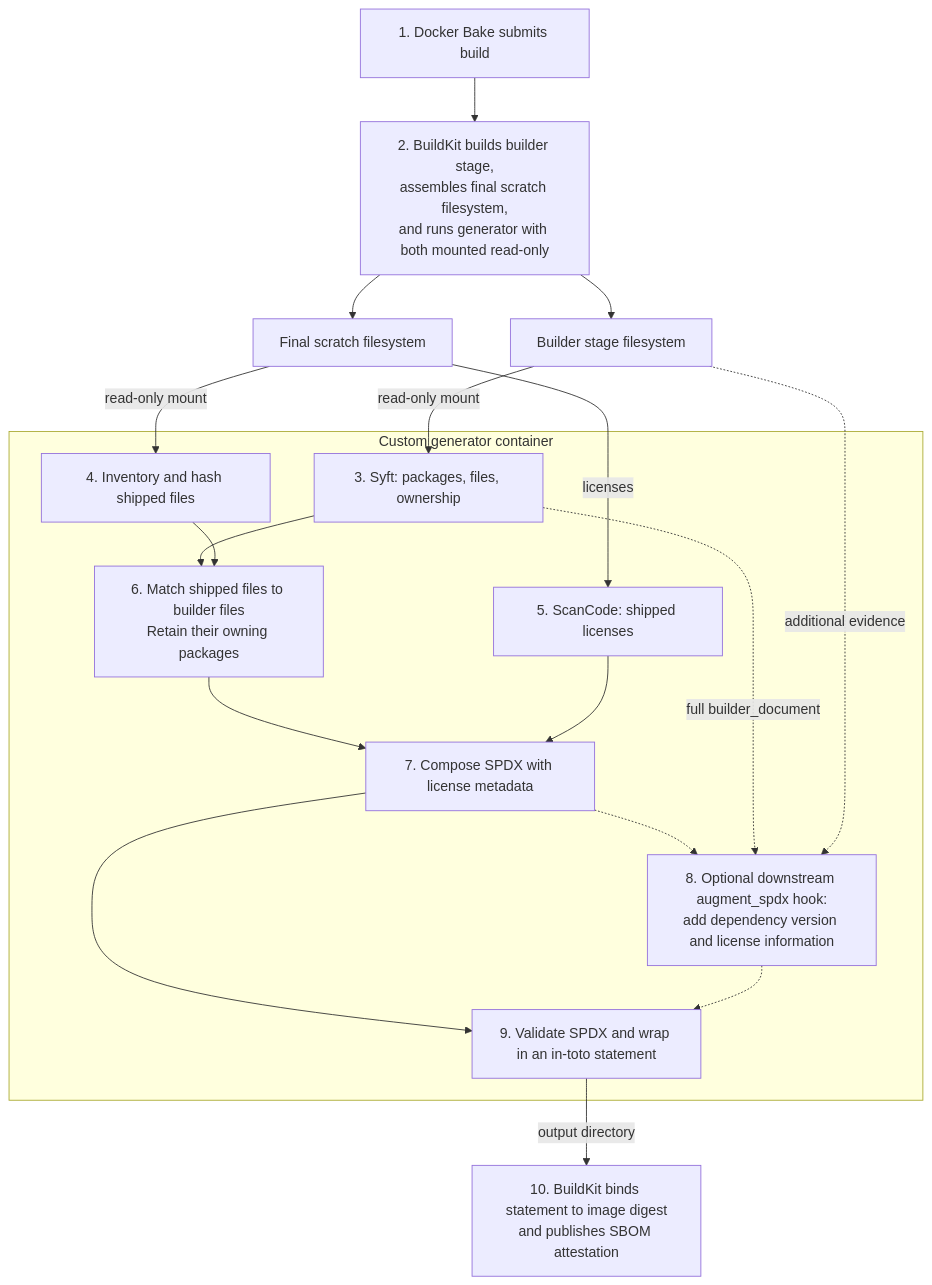
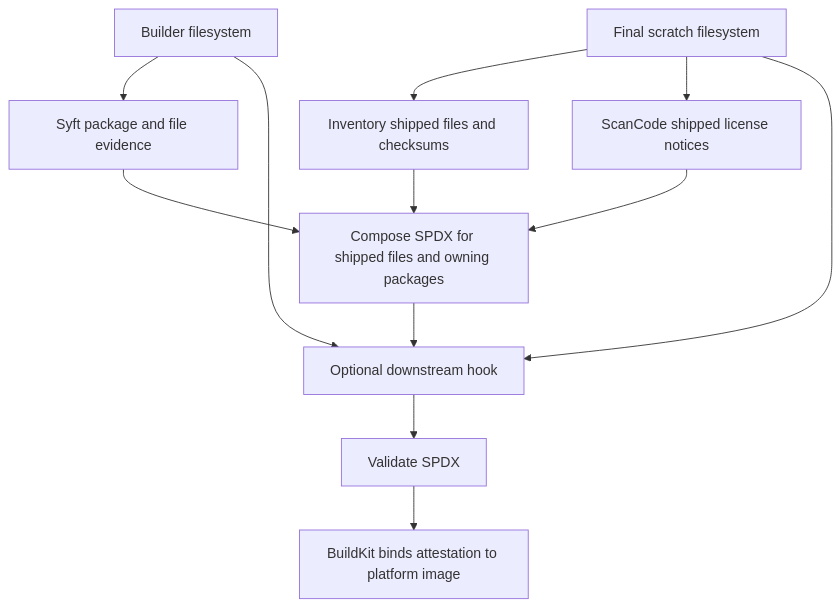
One commit to ardentperf-labs/postgres-extensions-containers changed the diagram in sbom-generator/README.md. Above: the diagram before and after it, drawn with Mermaid. The commit also changed other lines of this file and 8 other files, not shown here.

Commit message:
Simplify SBOM generator inputs and validation

````diff
--- a/sbom-generator/README.md
+++ b/sbom-generator/README.md
@@ -8,30 +9,14 @@
 ```mermaid
 flowchart TD
-    A[1. Docker Bake submits build] --> B[2. BuildKit builds builder stage,<br/>assembles final scratch filesystem,<br/>and runs generator with both mounted read-only]
-    B --> C[Builder stage filesystem]
-    B --> D[Final scratch filesystem]
-
-    subgraph G[Custom generator container]
-        E[3. Syft: packages, files, ownership]
-        F[4. Inventory and hash shipped files]
-        H[6. Match shipped files to builder files<br/>Retain their owning packages]
-        I[5. ScanCode: shipped licenses]
-        P[7. Compose SPDX with license metadata]
-        X[8. Optional downstream augment_spdx hook:<br/>add dependency version and license information]
-        J[9. Validate SPDX and wrap in an in-toto statement]
-        E --> H
-        F --> H
-        H --> P
-        I --> P
-        P --> J
-        P -.-> X
-        E -. full builder_document .-> X
-        X -.-> J
-    end
-
-    C -->|read-only mount| E
-    D -->|read-only mount| F
-    D -->|licenses| I
-    C -. additional evidence .-> X
-    J -->|output directory| K[10. BuildKit binds statement to image digest<br/>and publishes SBOM attestation]
+    B[Builder filesystem] --> S[Syft package and file evidence]
+    F[Final scratch filesystem] --> I[Inventory shipped files and checksums]
+    F --> L[ScanCode shipped license notices]
+    S --> C[Compose SPDX for shipped files and owning packages]
+    I --> C
+    L --> C
+    C --> H[Optional downstream hook]
+    B --> H
+    F --> H
+    H --> V[Validate SPDX]
+    V --> O[BuildKit binds attestation to platform image]
 ```
````
